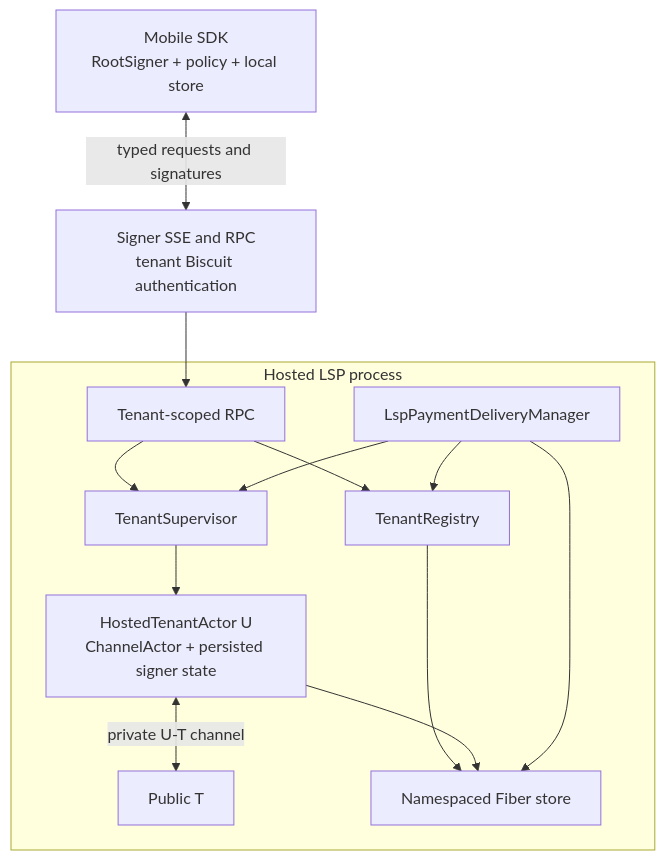
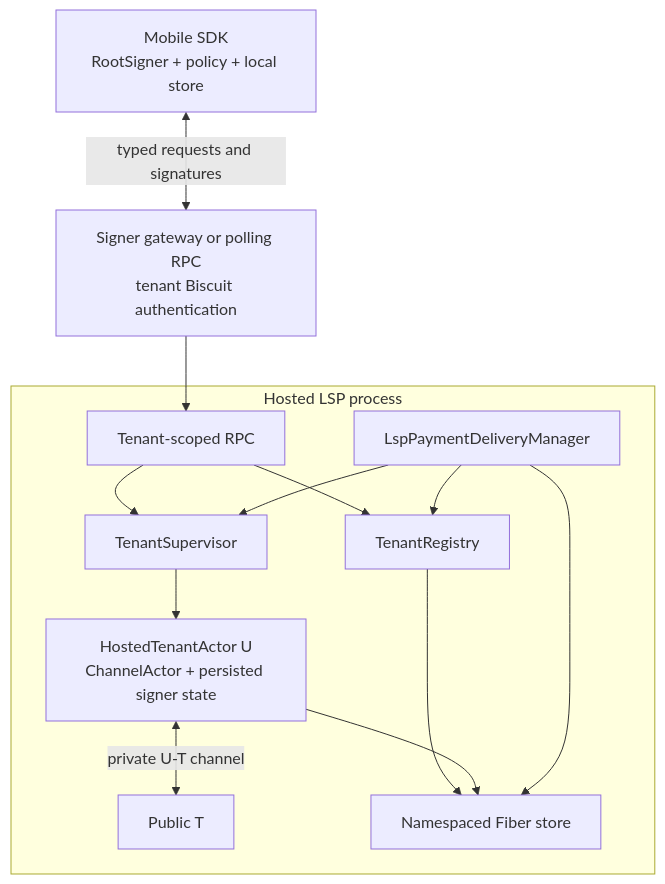
The second of 4 diagrams in docs/notes/hosted-lsp-remote-signer.md (nervosnetwork/fiber), drawn with Mermaid before and after one commit. The commit also changed other lines of this file and 29 other files, not shown here.

First line of the commit message:
revert(lsp): remove tenant signing SSE transport

````diff
--- a/docs/notes/hosted-lsp-remote-signer.md
+++ b/docs/notes/hosted-lsp-remote-signer.md
@@ -198,28 +140,28 @@
 ```mermaid
 flowchart TB
     M["Mobile SDK<br/>RootSigner + policy + local store"]
-    G["Signer SSE and RPC<br/>tenant Biscuit authentication"]
+    G["Signer gateway or polling RPC<br/>tenant Biscuit authentication"]
 
     subgraph LSP["Hosted LSP process"]
         API["Tenant-scoped RPC"]
         TR["TenantRegistry"]
         TS["TenantSupervisor"]
         DM["LspPaymentDeliveryManager"]
         U["HostedTenantActor U<br/>ChannelActor + persisted signer state"]
         T["Public T"]
         STORE["Namespaced Fiber store"]
 
         API --> TR
         API --> TS
         TS --> U
         DM --> TR
         DM --> TS
         U <-->|"private U-T channel"| T
         TR --> STORE
         U --> STORE
         DM --> STORE
     end
 
     M <-->|"typed requests and signatures"| G
     G --> API
 ```
````
